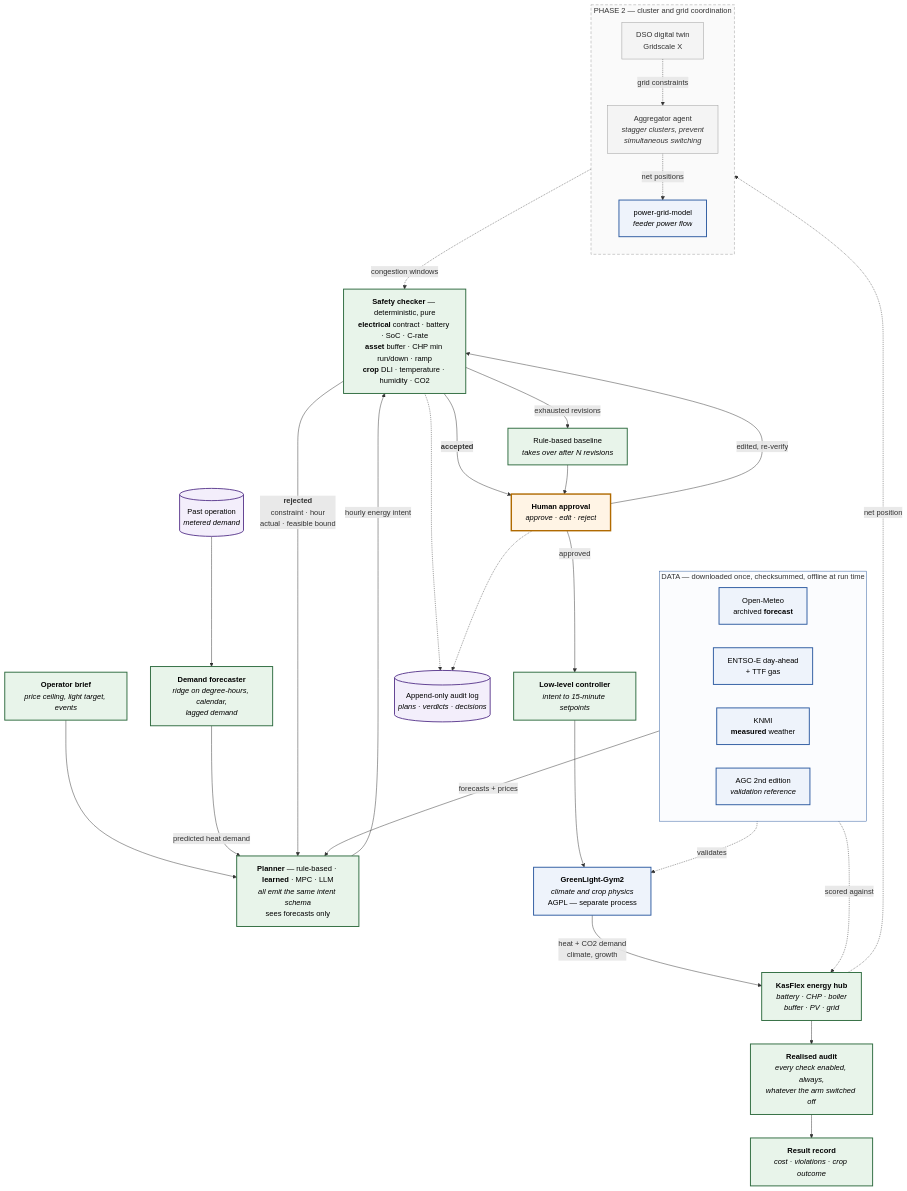
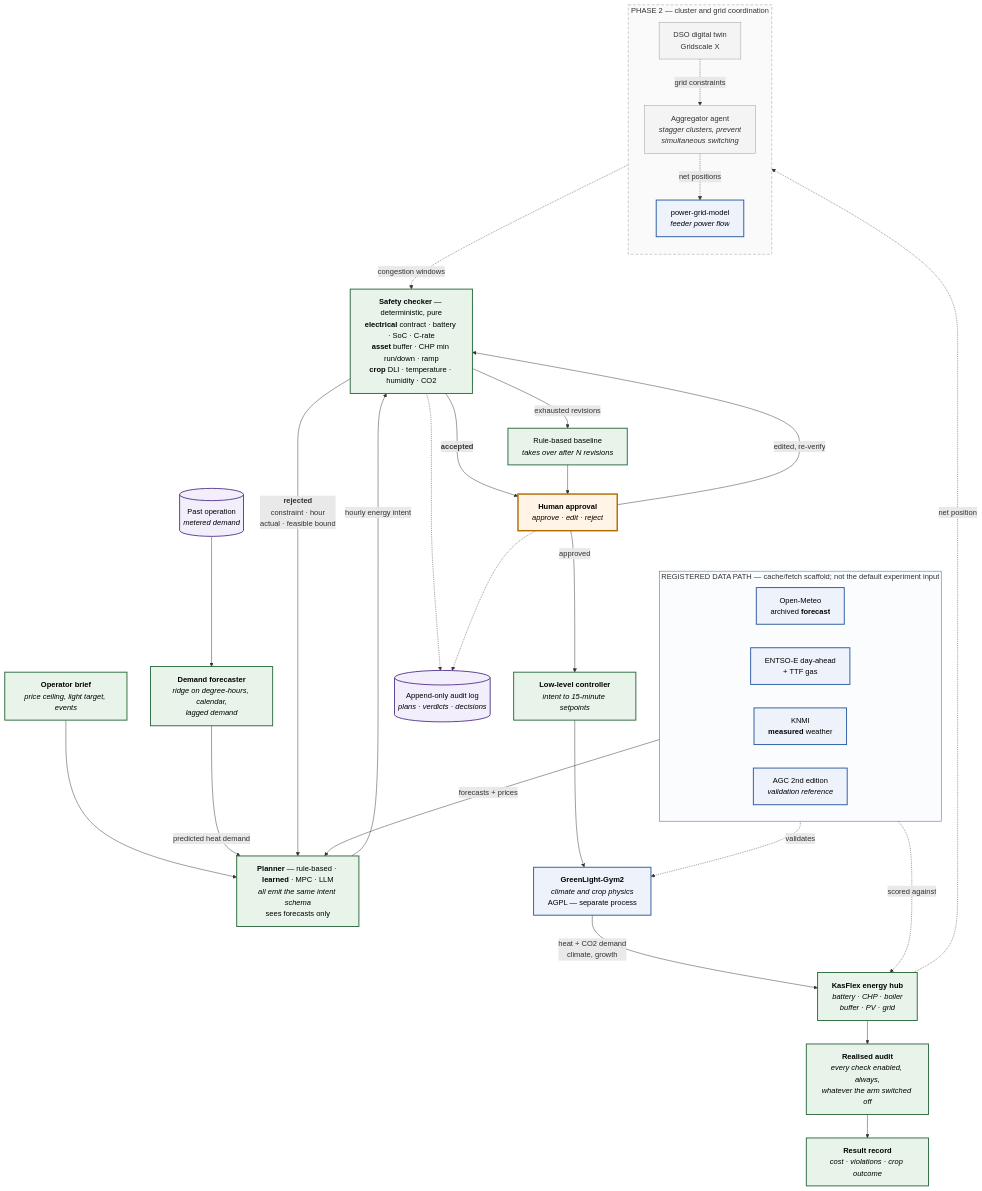
Before and after one commit to Youw98/test: the diagram in docs/architecture.mmd, drawn with Mermaid. The commit also changed 41 other files, not shown here.

```diff
--- a/docs/architecture.mmd
+++ b/docs/architecture.mmd
@@ -1,69 +1,69 @@
 flowchart TB
-    subgraph DATA["DATA — downloaded once, checksummed, offline at run time"]
+    subgraph DATA["REGISTERED DATA PATH — cache/fetch scaffold; not the default experiment input"]
         direction LR
         FCAST["Open-Meteo<br/>archived <b>forecast</b>"]
         PRICE["ENTSO-E day-ahead<br/>+ TTF gas"]
         ACTUAL["KNMI<br/><b>measured</b> weather"]
         AGC["AGC 2nd edition<br/><i>validation reference</i>"]
     end
 
     BRIEF["<b>Operator brief</b><br/><i>price ceiling, light target, events</i>"]
     FORECAST["<b>Demand forecaster</b><br/><i>ridge on degree-hours, calendar,<br/>lagged demand</i>"]
     METER[("Past operation<br/><i>metered demand</i>")]
     PLANNER["<b>Planner</b> — rule-based · <b>learned</b> · MPC · LLM<br/><i>all emit the same intent schema</i><br/>sees forecasts only"]
     CHECK["<b>Safety checker</b> — deterministic, pure<br/><b>electrical</b> contract · battery · SoC · C-rate<br/><b>asset</b> buffer · CHP min run/down · ramp<br/><b>crop</b> DLI · temperature · humidity · CO2"]
     FALLBACK["Rule-based baseline<br/><i>takes over after N revisions</i>"]
     HUMAN["<b>Human approval</b><br/><i>approve · edit · reject</i>"]
     LOWLEVEL["<b>Low-level controller</b><br/><i>intent to 15-minute setpoints</i>"]
     GL["<b>GreenLight-Gym2</b><br/><i>climate and crop physics</i><br/>AGPL — separate process"]
     HUB["<b>KasFlex energy hub</b><br/><i>battery · CHP · boiler<br/>buffer · PV · grid</i>"]
     AUDIT["<b>Realised audit</b><br/><i>every check enabled, always,<br/>whatever the arm switched off</i>"]
     RESULT["<b>Result record</b><br/><i>cost · violations · crop outcome</i>"]
     LOG[("Append-only audit log<br/><i>plans · verdicts · decisions</i>")]
 
     subgraph P2["PHASE 2 — cluster and grid coordination"]
         direction TB
         AGG["Aggregator agent<br/><i>stagger clusters, prevent<br/>simultaneous switching</i>"]
         DSO["DSO digital twin<br/>Gridscale X"]
         PGM["power-grid-model<br/><i>feeder power flow</i>"]
         DSO -. "grid constraints" .-> AGG
         AGG -. "net positions" .-> PGM
     end
 
     DATA -- "forecasts + prices" --> PLANNER
     BRIEF --> PLANNER
     METER --> FORECAST
     FORECAST -- "predicted heat demand" --> PLANNER
     PLANNER -- "hourly energy intent" --> CHECK
     CHECK -- "<b>rejected</b><br/>constraint · hour<br/>actual · feasible bound" --> PLANNER
     CHECK -- "exhausted revisions" --> FALLBACK
     CHECK -- "<b>accepted</b>" --> HUMAN
     FALLBACK --> HUMAN
     HUMAN -- "edited, re-verify" --> CHECK
     HUMAN -- "approved" --> LOWLEVEL
     LOWLEVEL --> GL
     GL -- "heat + CO2 demand<br/>climate, growth" --> HUB
     HUB --> AUDIT
     AUDIT --> RESULT
 
     AGC -. "validates" .-> GL
     ACTUAL -. "scored against" .-> HUB
     HUB -. "net position" .-> AGG
     AGG -. "congestion windows" .-> CHECK
     CHECK -.-> LOG
     HUMAN -.-> LOG
 
     classDef ours fill:#e8f4ea,stroke:#2d6a3e,stroke-width:2px,color:#000
     classDef theirs fill:#eef3fb,stroke:#2c5aa0,stroke-width:2px,color:#000
     classDef future fill:#f4f4f4,stroke:#999,stroke-width:1px,color:#333
     classDef human fill:#fff4e5,stroke:#b06a00,stroke-width:3px,color:#000
     classDef store fill:#f3eefb,stroke:#5b3a8e,stroke-width:2px,color:#000
 
     style DATA fill:#fbfcfe,stroke:#2c5aa0,stroke-dasharray:0
     style P2 fill:#fafafa,stroke:#999,stroke-dasharray:6 4
 
     class PLANNER,CHECK,HUB,LOWLEVEL,AUDIT,RESULT,FALLBACK,BRIEF,FORECAST ours
     class GL,PGM,PRICE,FCAST,ACTUAL,AGC theirs
     class DSO,AGG future
     class HUMAN human
     class LOG,METER store
```
